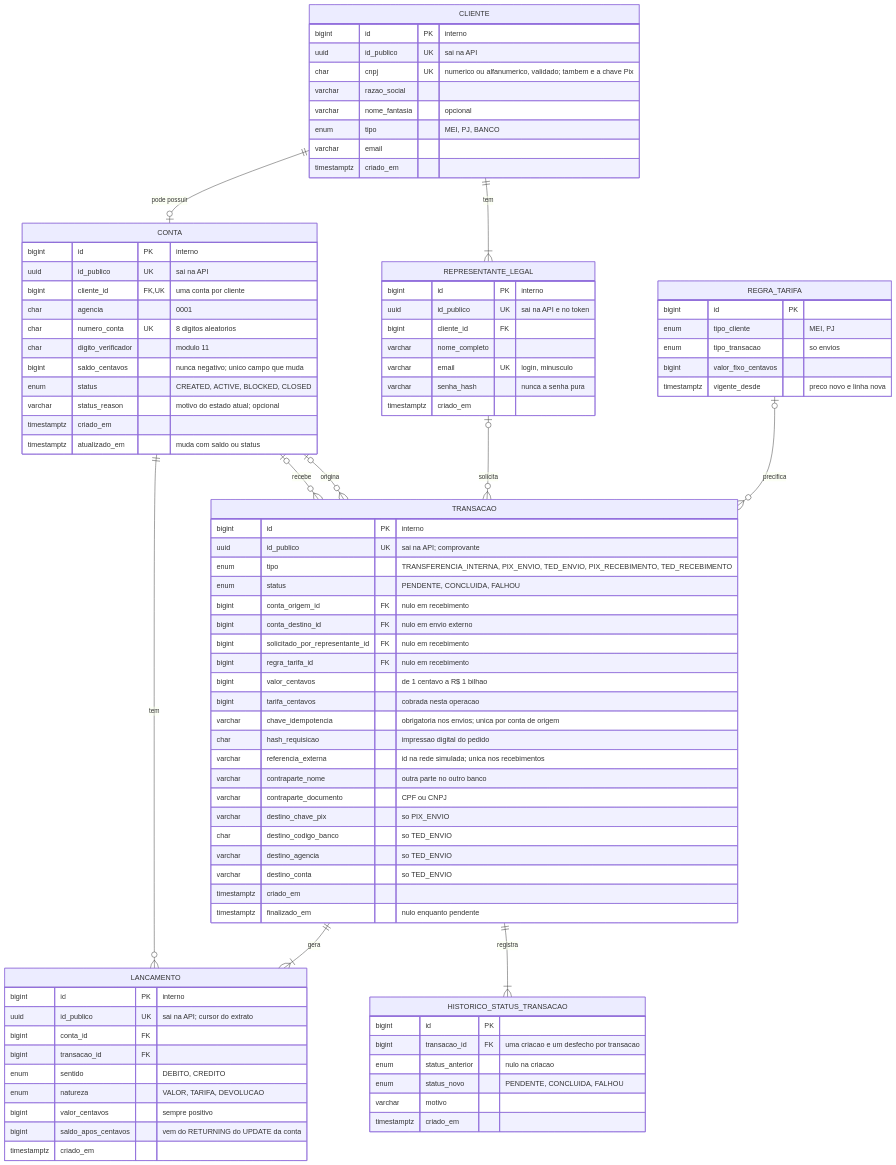
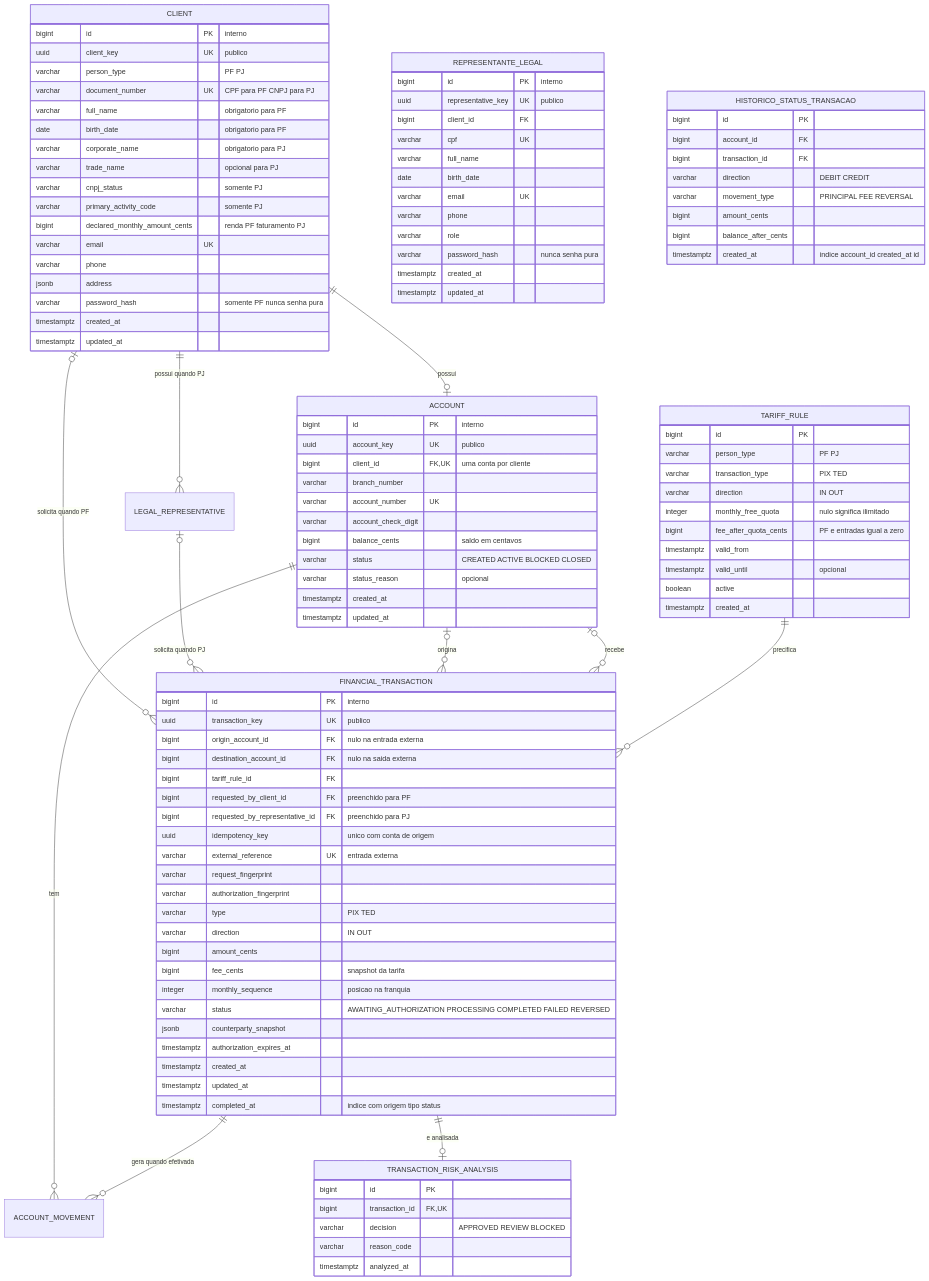
One commit to MariaEduarda-lab/dudroncio changed the diagram in rfc.md. Above: the diagram before and after it, drawn with Mermaid. The commit also changed other lines of this file, not shown here.

Commit message:
docs: atualiza rfc com regras de banco de dados e detalhamento sobre aplicação

````diff
--- a/rfc.md
+++ b/rfc.md
@@ -62,100 +46,119 @@
 ```mermaid
 erDiagram
-    CLIENTE ||--|{ REPRESENTANTE_LEGAL : "tem"
-    CLIENTE ||--o| CONTA : "pode possuir"
-    CONTA |o--o{ TRANSACAO : "origina"
-    CONTA |o--o{ TRANSACAO : "recebe"
-    REPRESENTANTE_LEGAL |o--o{ TRANSACAO : "solicita"
-    REGRA_TARIFA |o--o{ TRANSACAO : "precifica"
-    TRANSACAO ||--|{ HISTORICO_STATUS_TRANSACAO : "registra"
-    TRANSACAO ||--|{ LANCAMENTO : "gera"
-    CONTA ||--o{ LANCAMENTO : "tem"
+    CLIENT ||--o{ LEGAL_REPRESENTATIVE : "possui quando PJ"
+    CLIENT ||--o| ACCOUNT : "possui"
+    CLIENT |o--o{ FINANCIAL_TRANSACTION : "solicita quando PF"
+    LEGAL_REPRESENTATIVE |o--o{ FINANCIAL_TRANSACTION : "solicita quando PJ"
+    ACCOUNT o|--o{ FINANCIAL_TRANSACTION : "origina"
+    ACCOUNT o|--o{ FINANCIAL_TRANSACTION : "recebe"
+    ACCOUNT ||--o{ ACCOUNT_MOVEMENT : "tem"
+    FINANCIAL_TRANSACTION ||--o{ ACCOUNT_MOVEMENT : "gera quando efetivada"
+    TARIFF_RULE ||--o{ FINANCIAL_TRANSACTION : "precifica"
+    FINANCIAL_TRANSACTION ||--o| TRANSACTION_RISK_ANALYSIS : "e analisada"
 
-    CLIENTE {
+    CLIENT {
         bigint id PK "interno"
-        uuid id_publico UK "sai na API"
-        char cnpj UK "numerico ou alfanumerico, validado; tambem e a chave Pix"
-        varchar razao_social
-        varchar nome_fantasia "opcional"
-        enum tipo "MEI, PJ, BANCO"
-        varchar email
-        timestamptz criado_em
+        uuid client_key UK "publico"
+        varchar person_type "PF PJ"
+        varchar document_number UK "CPF para PF CNPJ para PJ"
+        varchar full_name "obrigatorio para PF"
+        date birth_date "obrigatorio para PF"
+        varchar corporate_name "obrigatorio para PJ"
+        varchar trade_name "opcional para PJ"
+        varchar cnpj_status "somente PJ"
+        varchar primary_activity_code "somente PJ"
+        bigint declared_monthly_amount_cents "renda PF faturamento PJ"
+        varchar email UK
+        varchar phone
+        jsonb address
+        varchar password_hash "somente PF nunca senha pura"
+        timestamptz created_at
+        timestamptz updated_at
     }
 
     REPRESENTANTE_LEGAL {
         bigint id PK "interno"
-        uuid id_publico UK "sai na API e no token"
-        bigint cliente_id FK
-        varchar nome_completo
-        varchar email UK "login, minusculo"
-        varchar senha_hash "nunca a senha pura"
-        timestamptz criado_em
+        uuid representative_key UK "publico"
+        bigint client_id FK
+        varchar cpf UK
+        varchar full_name
+        date birth_date
+        varchar email UK
+        varchar phone
+        varchar role
+        varchar password_hash "nunca senha pura"
+        timestamptz created_at
+        timestamptz updated_at
     }
 
-    CONTA {
+    ACCOUNT {
         bigint id PK "interno"
-        uuid id_publico UK "sai na API"
-        bigint cliente_id FK, UK "uma conta por cliente"
-        char agencia "0001"
-        char numero_conta UK "8 digitos aleatorios"
-        char digito_verificador "modulo 11"
-        bigint saldo_centavos "nunca negativo; unico campo que muda"
-        enum status "CREATED, ACTIVE, BLOCKED, CLOSED"
-        varchar status_reason "motivo do estado atual; opcional"
-        timestamptz criado_em
-        timestamptz atualizado_em "muda com saldo ou status"
+        uuid account_key UK "publico"
+        bigint client_id FK, UK "uma conta por cliente"
+        varchar branch_number
+        varchar account_number UK
+        varchar account_check_digit
+        bigint balance_cents "saldo em centavos"
+        varchar status "CREATED ACTIVE BLOCKED CLOSED"
+        varchar status_reason "opcional"
+        timestamptz created_at
+        timestamptz updated_at
     }
 
-    REGRA_TARIFA {
-        bigint id PK
-        enum tipo_cliente "MEI, PJ"
-        enum tipo_transacao "so envios"
-        bigint valor_fixo_centavos
-        timestamptz vigente_desde "preco novo e linha nova"
-    }
-
-    TRANSACAO {
+    FINANCIAL_TRANSACTION {
         bigint id PK "interno"
-        uuid id_publico UK "sai na API; comprovante"
-        enum tipo "TRANSFERENCIA_INTERNA, PIX_ENVIO, TED_ENVIO, PIX_RECEBIMENTO, TED_RECEBIMENTO"
-        enum status "PENDENTE, CONCLUIDA, FALHOU"
-        bigint conta_origem_id FK "nulo em recebimento"
-        bigint conta_destino_id FK "nulo em envio externo"
-        bigint solicitado_por_representante_id FK "nulo em recebimento"
-        bigint regra_tarifa_id FK "nulo em recebimento"
-        bigint valor_centavos "de 1 centavo a R$ 1 bilhao"
-        bigint tarifa_centavos "cobrada nesta operacao"
-        varchar chave_idempotencia "obrigatoria nos envios; unica por conta de origem"
-        char hash_requisicao "impressao digital do pedido"
-        varchar referencia_externa "id na rede simulada; unica nos recebimentos"
-        varchar contraparte_nome "outra parte no outro banco"
-        varchar contraparte_documento "CPF ou CNPJ"
-        varchar destino_chave_pix "so PIX_ENVIO"
-        char destino_codigo_banco "so TED_ENVIO"
-        varchar destino_agencia "so TED_ENVIO"
-        varchar destino_conta "so TED_ENVIO"
-        timestamptz criado_em
-        timestamptz finalizado_em "nulo enquanto pendente"
+        uuid transaction_key UK "publico"
+        bigint origin_account_id FK "nulo na entrada externa"
+        bigint destination_account_id FK "nulo na saida externa"
+        bigint tariff_rule_id FK
+        bigint requested_by_client_id FK "preenchido para PF"
+        bigint requested_by_representative_id FK "preenchido para PJ"
+        uuid idempotency_key "unico com conta de origem"
+        varchar external_reference UK "entrada externa"
+        varchar request_fingerprint
+        varchar authorization_fingerprint
+        varchar type "PIX TED"
+        varchar direction "IN OUT"
+        bigint amount_cents
+        bigint fee_cents "snapshot da tarifa"
+        integer monthly_sequence "posicao na franquia"
+        varchar status "AWAITING_AUTHORIZATION PROCESSING COMPLETED FAILED REVERSED"
+        jsonb counterparty_snapshot
+        timestamptz authorization_expires_at
+        timestamptz created_at
+        timestamptz updated_at
+        timestamptz completed_at "indice com origem tipo status"
     }
 
     HISTORICO_STATUS_TRANSACAO {
         bigint id PK
-        bigint transacao_id FK "uma criacao e um desfecho por transacao"
-        enum status_anterior "nulo na criacao"
-        enum status_novo "PENDENTE, CONCLUIDA, FALHOU"
-        varchar motivo
-        timestamptz criado_em
+        bigint account_id FK
+        bigint transaction_id FK
+        varchar direction "DEBIT CREDIT"
+        varchar movement_type "PRINCIPAL FEE REVERSAL"
+        bigint amount_cents
+        bigint balance_after_cents
+        timestamptz created_at "indice account_id created_at id"
     }
 
-    LANCAMENTO {
-        bigint id PK "interno"
-        uuid id_publico UK "sai na API; cursor do extrato"
-        bigint conta_id FK
-        bigint transacao_id FK
-        enum sentido "DEBITO, CREDITO"
-        enum natureza "VALOR, TARIFA, DEVOLUCAO"
-        bigint valor_centavos "sempre positivo"
-        bigint saldo_apos_centavos "vem do RETURNING do UPDATE da conta"
-        timestamptz criado_em
+    TARIFF_RULE {
+        bigint id PK
+        varchar person_type "PF PJ"
+        varchar transaction_type "PIX TED"
+        varchar direction "IN OUT"
+        integer monthly_free_quota "nulo significa ilimitado"
+        bigint fee_after_quota_cents "PF e entradas igual a zero"
+        timestamptz valid_from
+        timestamptz valid_until "opcional"
+        boolean active
+        timestamptz created_at
+    }
+
+    TRANSACTION_RISK_ANALYSIS {
+        bigint id PK
+        bigint transaction_id FK, UK
+        varchar decision "APPROVED REVIEW BLOCKED"
+        varchar reason_code
+        timestamptz analyzed_at
     }
 ```
````
